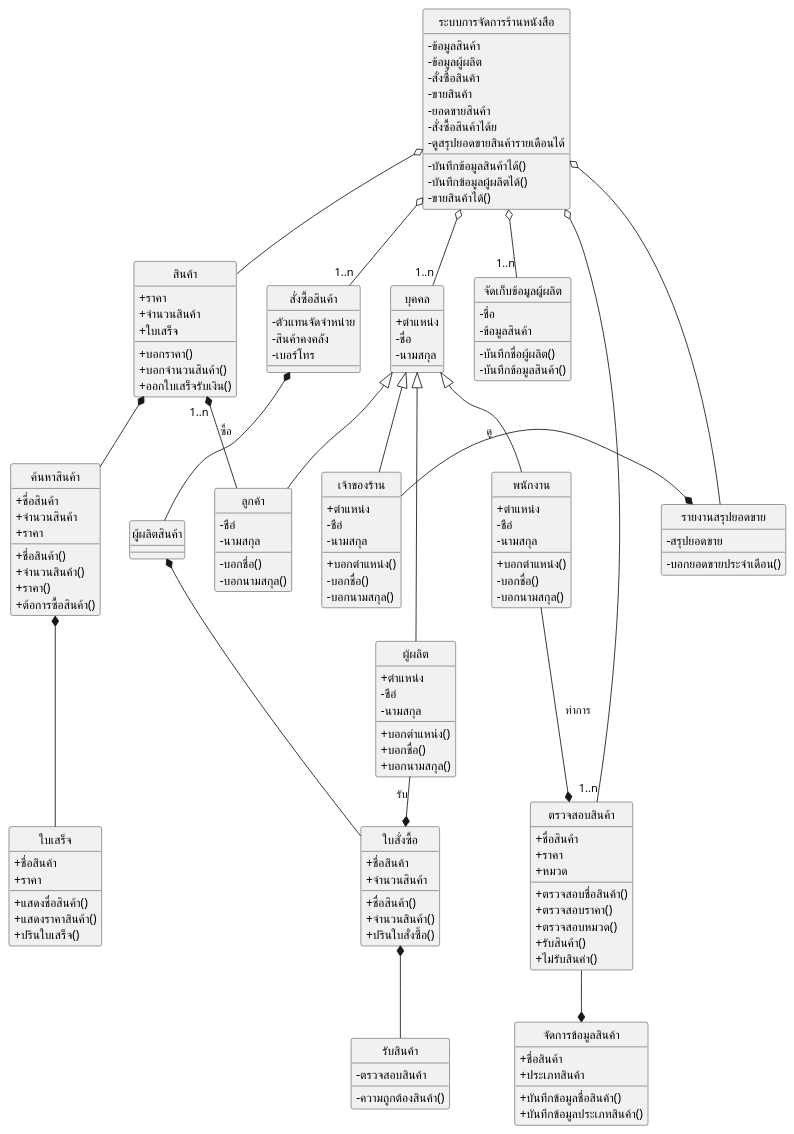
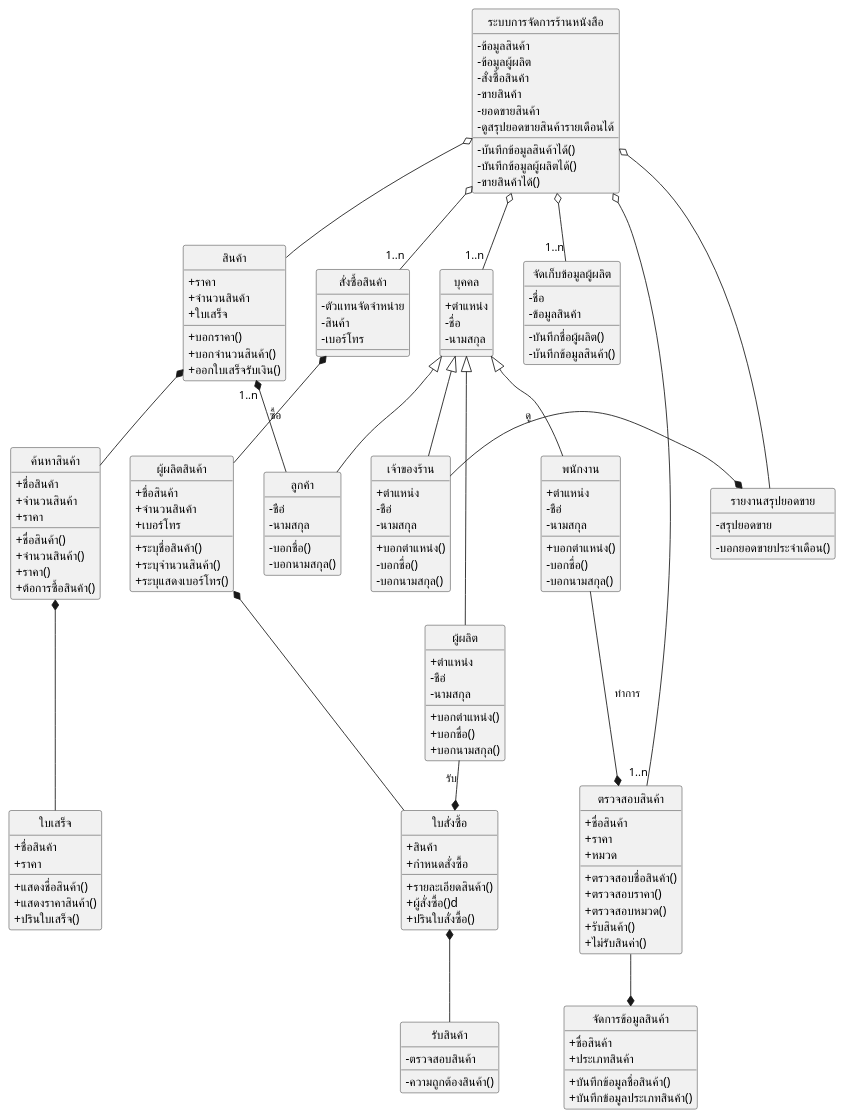
Before and after one commit to tanakorn128/Bookstore-Mamagement-System: the diagram in 60030041/class diagram.puml, drawn with PlantUML. The commit also changed 11 other files, not shown here.

```diff
--- a/60030041/class diagram.puml
+++ b/60030041/class diagram.puml
@@ -1,147 +1,151 @@
 @startuml "Bookstore Mamagement System"
 skinparam classAttributeIconSize 0
 hide circle
 class "ผู้ผลิต"{
 +ตำแหน่ง
 -ชือ่
 -นามสกุล
 +บอกตำแหน่ง()
 +บอกชื่อ()
 +บอกนามสกุล()
 }
 
 class "ระบบการจัดการร้านหนังสือ"{
 
 -ข้อมูลสินค้า
 -ข้อมูลผู้ผลิต
 -สั่งซื้อสินค้า
 -ขายสินค้า
 -ยอดขายสินค้า
 -บันทึกข้อมูลสินค้าได้()
 -บันทึกข้อมูลผู้ผลิตได้()
--สั่งซื้อสินค้าได้ย
 -ขายสินค้าได้()
 -ดูสรุปยอดขายสินค้ารายเดือนได้
 
 }
 class "เจ้าของร้าน"{
 +ตำแหน่ง
 -ชือ่
 -นามสกุล
 +บอกตำแหน่ง()
 -บอกชื่อ()
 -บอกนามสกุล()
 }
 class "พนักงาน"{
 +ตำแหน่ง
 -ชือ่
 -นามสกุล
 +บอกตำแหน่ง()
 -บอกชื่อ()
 -บอกนามสกุล()
 }
 class "บุคคล"{
 +ตำแหน่ง
 -ชื่อ
 -นามสกุล
 }
 class "ลูกค้า"{
 -ชือ่
 -นามสกุล
 -บอกชื่อ()
 -บอกนามสกุล()
 }
 
 class "จัดการข้อมูลสินค้า"{
 +ชื่อสินค้า
 +ประเภทสินค้า
 +บันทึกข้อมูลชื่อสินค้า()
 +บันทึกข้อมูลประเภทสินค้า()
 }
 class "จัดเก็บข้อมูลผู้ผลิต"{
 -ชื่อ
 -ข้อมูลสินค้า
 -บันทึกชื่อผู้ผลิต()
 -บันทึกข้อมูลสินค้า()
 }
 class "สั่งซื้อสินค้า"{
 -ตัวแทนจัดจำหน่าย
--สินค้าคงคลัง
+-สินค้า
 -เบอร์โทร
 
 }
 class "รับสินค้า"{
 -ตรวจสอบสินค้า
 -ความถูกต้องสินค้า()
 }
 class "สินค้า"{
 +ราคา
 +จำนวนสินค้า
 +ใบเสร็จ
 +บอกราคา()
 +บอกจำนวนสินค้า()
 +ออกใบเสร็จรับเงิน()
 
 }
 class "รายงานสรุปยอดขาย"{
 -สรุปยอดขาย
 -บอกยอดขายประจำเดือน()
 }
 class "ใบสั่งซื้อ"{
-+ชื่อสินค้า
-+จำนวนสินค้า
-+ชื่อสินค้า()
-+จำนวนสินค้า()
++สินค้า
++กำหนดสั่งซื้อ
++รายละเอียดสินค้า()
++ผู้สั่งซื้อ()d
 +ปรินใบสั่งซื้อ()
 }
 class "ค้นหาสินค้า"{
 +ชื่อสินค้า
 +จำนวนสินค้า
 +ราคา
 +ชื่อสินค้า()
 +จำนวนสินค้า()
 +ราคา()
 +ต้อการซื้อสินค้า()
 }
 
 class "ใบเสร็จ"{
 +ชื่อสินค้า
 +ราคา
 +แสดงชื่อสินค้า()
 +แสดงราคาสินค้า()
 +ปรินใบเสร็จ()
 }
 class "ตรวจสอบสินค้า"{
 +ชื่อสินค้า
 +ราคา
 +หมวด
 +ตรวจสอบชื่อสินค้า()
 +ตรวจสอบราคา()
 +ตรวจสอบหมวด()
 +รับสินค้า()
 +ไม่รับสินค่า()
 }
 class "ผู้ผลิตสินค้า"{
-
++ชื่อสินค้า
++จำนวนสินค้า
++เบอร์โทร
++ระบุชื่อสินค้า()
++ระบุจำนวนสินค้า()
++ระบุแสดงเบอร์โทร()
 }
 "บุคคล" <|-- "พนักงาน"
 "บุคคล" <|-- "เจ้าของร้าน"
 "บุคคล" <|-- "ผู้ผลิต"
 "บุคคล" <|-- "ลูกค้า"
 "ระบบการจัดการร้านหนังสือ" o-- "1..n""บุคคล" 
 "ระบบการจัดการร้านหนังสือ" o-- "1..n""ตรวจสอบสินค้า" 
 "ระบบการจัดการร้านหนังสือ" o-- "1..n""จัดเก็บข้อมูลผู้ผลิต"
 "ระบบการจัดการร้านหนังสือ" o-- "1..n""สั่งซื้อสินค้า"
 "ระบบการจัดการร้านหนังสือ" o-- "สินค้า"
 "ระบบการจัดการร้านหนังสือ" o-- "รายงานสรุปยอดขาย"
 "สั่งซื้อสินค้า" *-- "ผู้ผลิตสินค้า"
 "ผู้ผลิตสินค้า" *-- "ใบสั่งซื้อ"
 "ใบสั่งซื้อ" *-- "รับสินค้า"
 "สินค้า" *--"ค้นหาสินค้า"
 "ค้นหาสินค้า" *-- "ใบเสร็จ"
 "ลูกค้า" -left-* "1..n""สินค้า": ซื้อ
 "พนักงาน" --* "ตรวจสอบสินค้า":ทำการ
 "ตรวจสอบสินค้า" --* "จัดการข้อมูลสินค้า"
 "เจ้าของร้าน" -right-* "รายงานสรุปยอดขาย":ดู
 "ผู้ผลิต" -right-* "ใบสั่งซื้อ": รับ
 @enduml
```
